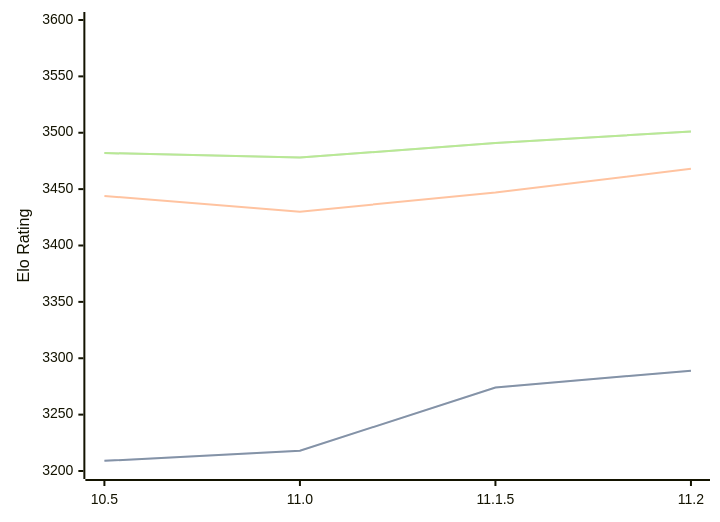
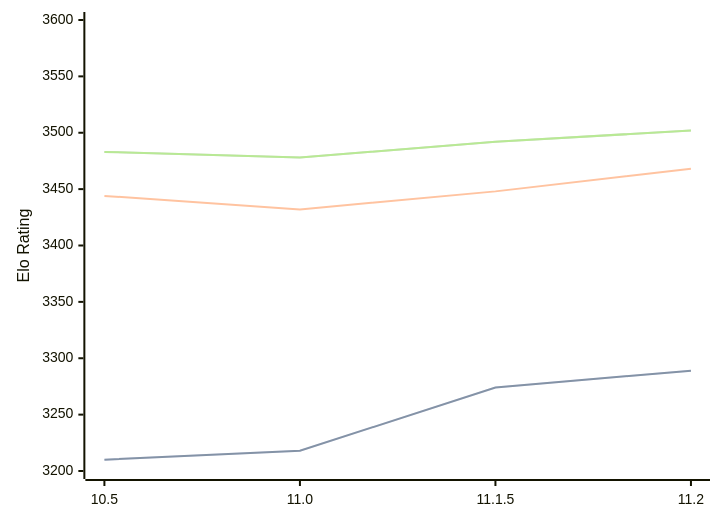
Before and after one commit to computer-chess-index/cci: the diagram in engines/Lizard.md, drawn with Mermaid. The commit also changed other lines of this file, not shown here.

Commit message:
Update CCI Ratings (ELO VLTC) - 2026-05-21

````diff
--- a/engines/Lizard.md
+++ b/engines/Lizard.md
@@ -46,11 +46,11 @@
 ```mermaid
 %%{init: {"theme":"base","themeVariables":{"seriesColors:['#a3a3a3','#222221','#faa371']}}}%%
 xychart-beta
   x-axis ["10.5", "11.0", "11.1.5", "11.2"]
   y-axis "Elo Rating" 3200 --> 3600
-  line "STC (8.0+0.08s)" [3209, 3218, 3274, 3289]
-  line "STC (8.0+0.08s)" [3209, 3218, 3274, 3289]
-  line "LTC (60.0+0.60s)" [3444, 3430, 3447, 3468]
-  line "VLTC (2m24s+1.12s)" [3482, 3478, 3491, 3501]
-  line "VLTC (2m24s+1.12s)" [3482, 3478, 3491, 3501]
+  line "STC (8.0+0.08s)" [3210, 3218, 3274, 3289]
+  line "STC (8.0+0.08s)" [3210, 3218, 3274, 3289]
+  line "LTC (60.0+0.60s)" [3444, 3432, 3448, 3468]
+  line "VLTC (2m24s+1.12s)" [3483, 3478, 3492, 3502]
+  line "VLTC (2m24s+1.12s)" [3483, 3478, 3492, 3502]
 ```
````
